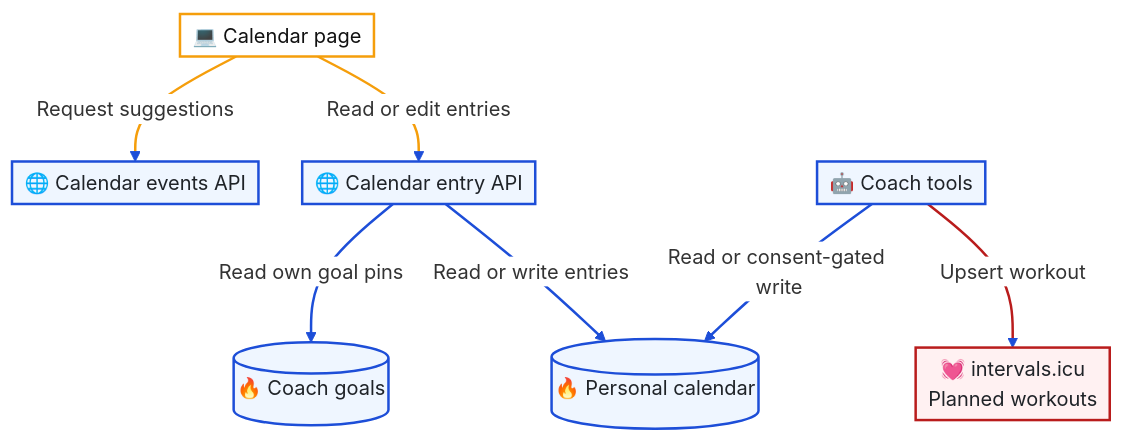
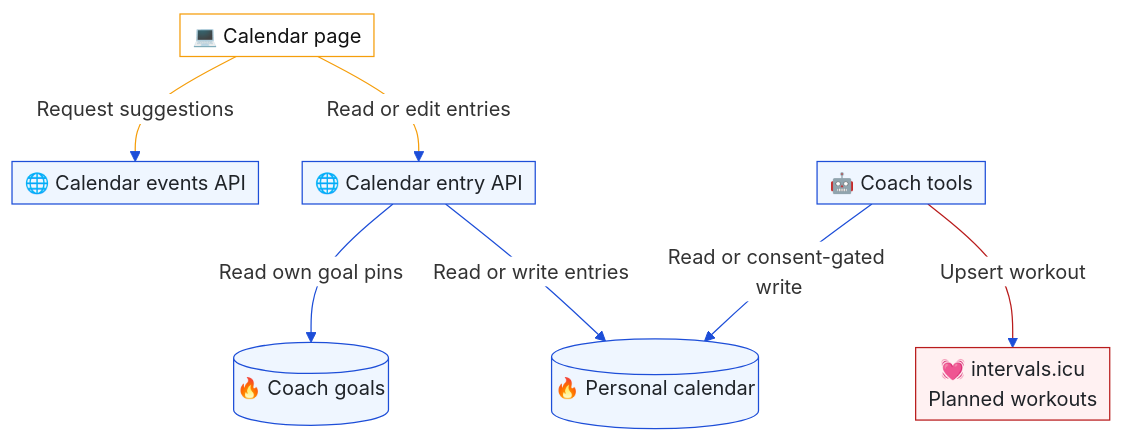
The third of 3 diagrams in docs/architecture/events.md (T00few2/dzr), drawn with Mermaid before and after one commit. The commit also changed other lines of this file and 34 other files, not shown here.

Commit message:
docs: use normal strokes and enforce 12px sequence labels

````diff
--- a/docs/architecture/events.md
+++ b/docs/architecture/events.md
@@ -125,31 +127,31 @@
 ```mermaid
 ---
 config:
   theme: base
   themeVariables:
     edgeLabelBackground: '#ffffff'
   themeCSS: |
     .edgeLabel, .edgeLabel p { font-size: 12px !important; }
     :is(&) { background: #ffffff; }
   flowchart:
     padding: 5
     nodeSpacing: 35
     rankSpacing: 60
 ---
 flowchart TB
     ui["💻 Calendar page"] -->|Request suggestions| feed["🌐 Calendar events API"]
     ui -->|Read or edit entries| api["🌐 Calendar entry API"]
     api -->|Read own goal pins| goals[("🔥 Coach goals")]
     api -->|Read or write entries| calendar[("🔥 Personal calendar")]
     coach["🤖 Coach tools"] -->|Read or consent-gated write| calendar
     coach -->|Upsert workout| intervals["💓 intervals.icu<br/>Planned workouts"]
-    classDef default fill:#eff6ff,stroke:#1d4ed8,stroke-width:2px,color:#1f2328
-    classDef external fill:#fff1f2,stroke:#b91c1c,stroke-width:2px,color:#1f2328
-    linkStyle default stroke:#1d4ed8,stroke-width:2px
+    classDef default fill:#eff6ff,stroke:#1d4ed8,color:#1f2328
+    classDef external fill:#fff1f2,stroke:#b91c1c,color:#1f2328
+    linkStyle default stroke:#1d4ed8
     class intervals external
-    linkStyle 5 stroke:#b91c1c,stroke-width:2px
-    classDef provider4 fill:#ffffff,stroke:#f59e0b,stroke-width:2px,color:#111111
+    linkStyle 5 stroke:#b91c1c
+    classDef provider4 fill:#ffffff,stroke:#f59e0b,color:#111111
     class ui provider4
-    linkStyle 0 stroke:#f59e0b,stroke-width:2px
-    linkStyle 1 stroke:#f59e0b,stroke-width:2px
+    linkStyle 0 stroke:#f59e0b
+    linkStyle 1 stroke:#f59e0b
 ```
````
